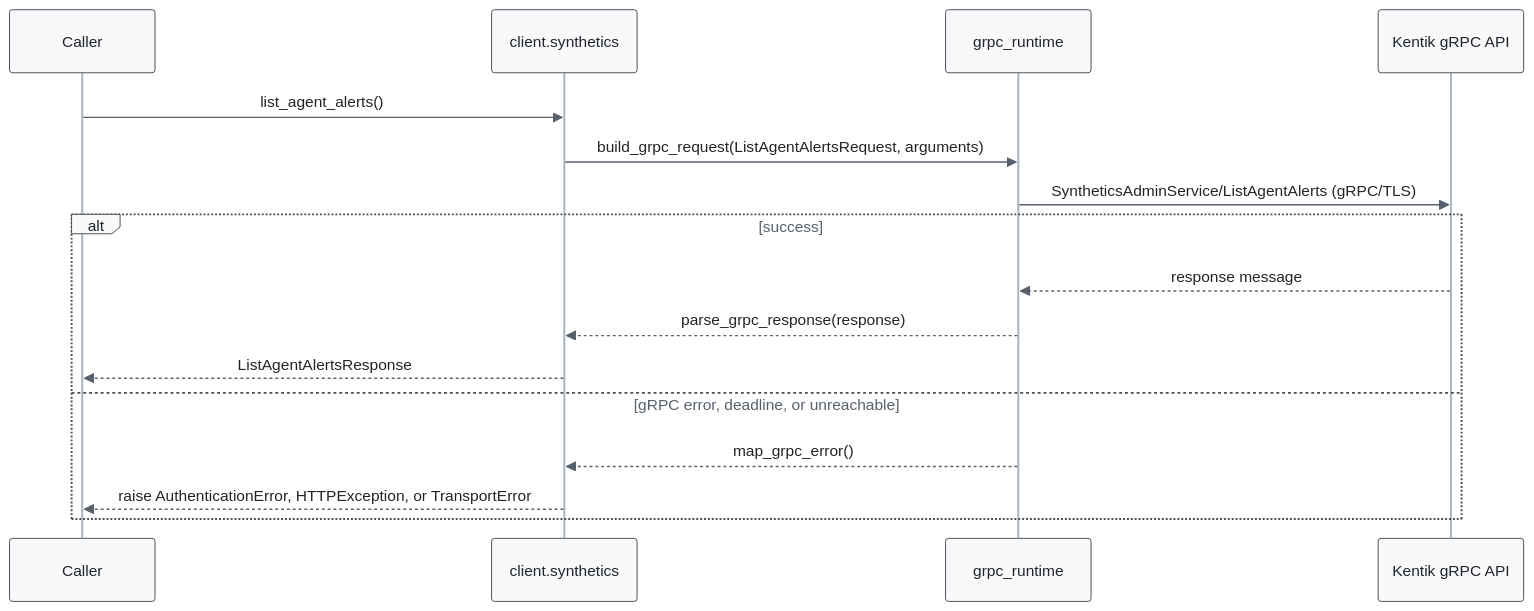
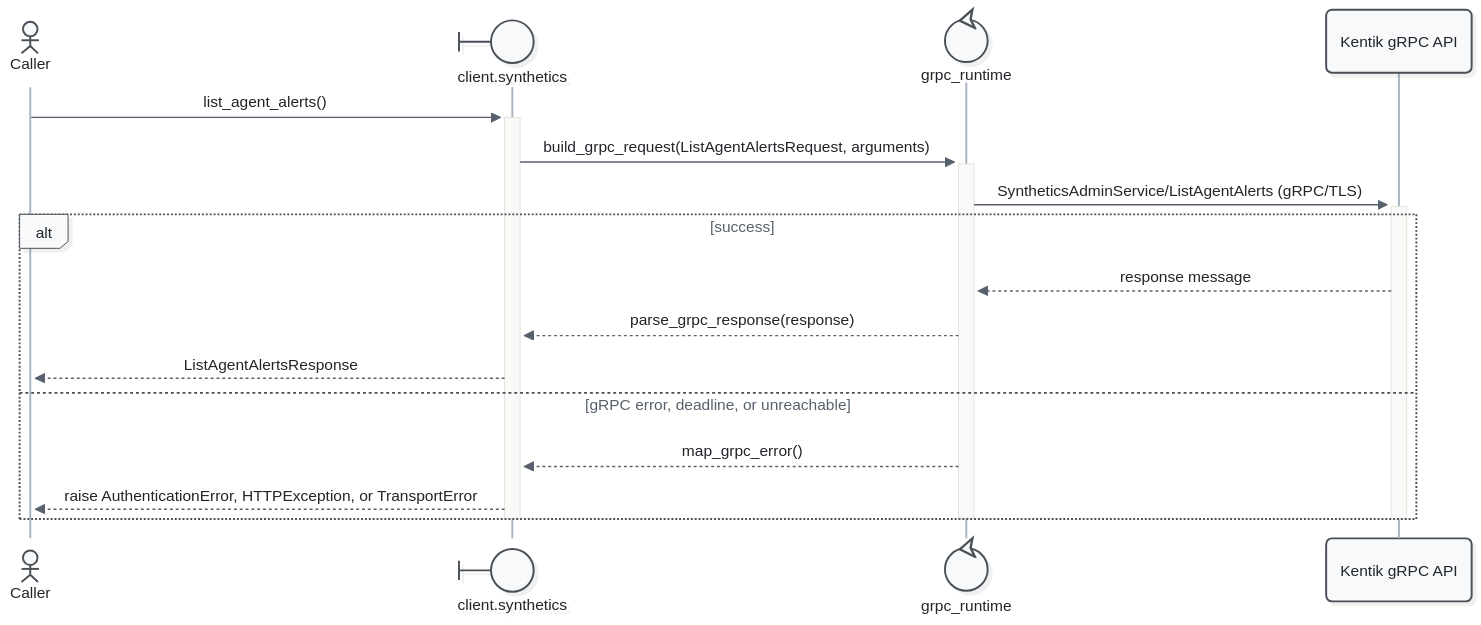
Before and after one commit to alexdearaujo/community_sdk_python: the second of 37 diagrams in docs/sphinx/services/synthetics.md, drawn with Mermaid. The commit also changed other lines of this file and 52 other files, not shown here.

First line of the commit message:
docs: Mermaid 12 sequence diagrams with participant types and path colors

````diff
--- a/docs/sphinx/services/synthetics.md
+++ b/docs/sphinx/services/synthetics.md
@@ -57,20 +59,23 @@
 ```mermaid
-%%{init: {"theme": "base", "fontFamily": "ui-monospace, SFMono-Regular, Menlo, monospace", "themeVariables": {"fontFamily": "ui-monospace, SFMono-Regular, Menlo, monospace", "primaryColor": "#f8f9fa", "primaryBorderColor": "#495057", "primaryTextColor": "#212529", "textColor": "#212529", "lineColor": "#77818c", "edgeLabelBackground": "#ffffff", "actorBkg": "#f8f9fa", "actorBorder": "#495057", "actorTextColor": "#212529", "actorLineColor": "#a9b3be", "signalColor": "#57616d", "signalTextColor": "#212529", "labelBoxBkgColor": "#f8f9fa", "labelBoxBorderColor": "#495057", "labelTextColor": "#212529", "loopTextColor": "#57616d", "noteBkgColor": "#fff9db", "noteBorderColor": "#f08c00", "noteTextColor": "#a35a00"}, "flowchart": {"curve": "step", "nodeSpacing": 30, "rankSpacing": 70, "wrappingWidth": 400}}}%%
+%%{init: {"theme": "redux", "look": "neo", "layout": "dagre", "fontFamily": "ui-monospace, SFMono-Regular, Menlo, monospace", "themeVariables": {"fontFamily": "ui-monospace, SFMono-Regular, Menlo, monospace", "primaryColor": "#f8f9fa", "primaryBorderColor": "#495057", "primaryTextColor": "#212529", "textColor": "#212529", "lineColor": "#77818c", "edgeLabelBackground": "#ffffff", "actorBkg": "#f8f9fa", "actorBorder": "#495057", "actorTextColor": "#212529", "actorLineColor": "#a9b3be", "signalColor": "#57616d", "signalTextColor": "#212529", "labelBoxBkgColor": "#f8f9fa", "labelBoxBorderColor": "#495057", "labelTextColor": "#212529", "loopTextColor": "#57616d", "noteBkgColor": "#fff9db", "noteBorderColor": "#f08c00", "noteTextColor": "#a35a00"}, "sequence": {"activationWidth": 16}, "flowchart": {"curve": "step", "nodeSpacing": 30, "rankSpacing": 70, "wrappingWidth": 400}}}%%
 sequenceDiagram
-    participant C as Caller
-    participant W as client.synthetics
-    participant R as grpc_runtime
+    actor C as Caller
+    participant W@{ "type": "boundary" } as client.synthetics
+    participant R@{ "type": "control" } as grpc_runtime
     participant API as Kentik gRPC API
 
-    C->>W: list_agent_alerts()
-    W->>R: build_grpc_request(ListAgentAlertsRequest, arguments)
-    R->>API: SyntheticsAdminService/ListAgentAlerts (gRPC/TLS)
+    C->>+W: list_agent_alerts()
+    W->>+R: build_grpc_request(ListAgentAlertsRequest, arguments)
+    R->>+API: SyntheticsAdminService/ListAgentAlerts (gRPC/TLS)
     alt success
         API-->>R: response message
         R-->>W: parse_grpc_response(response)
         W-->>C: ListAgentAlertsResponse
     else gRPC error, deadline, or unreachable
         R-->>W: map_grpc_error()
         W-->>C: raise AuthenticationError, HTTPException, or TransportError
     end
+    deactivate API
+    deactivate R
+    deactivate W
 ```
````
